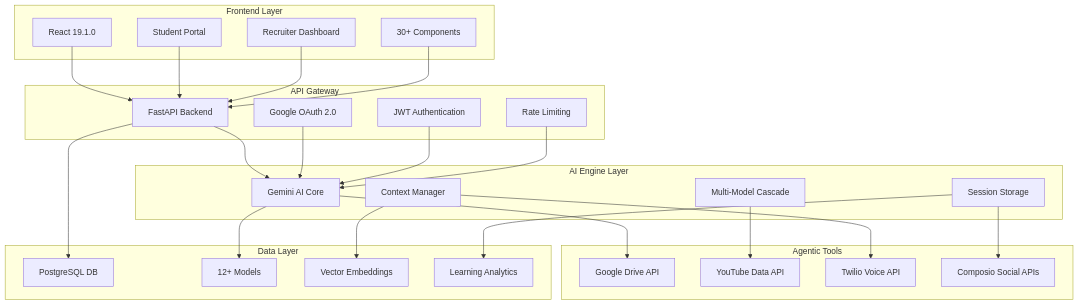
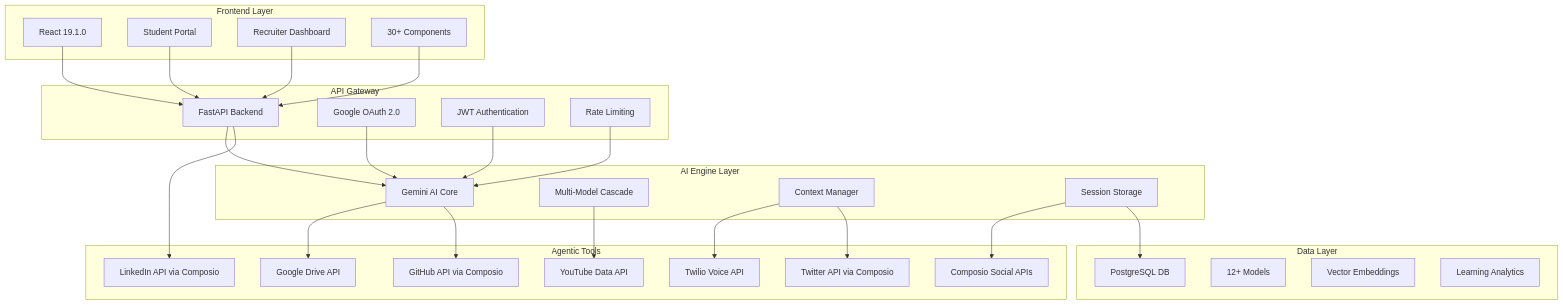
One commit to abhiabhi150614/video-pop-up-for-steaming changed the third of 24 diagrams in README.md. Above: the diagram before and after it, drawn with Mermaid. The commit also changed other lines of this file, not shown here.

````diff
--- a/README.md
+++ b/README.md
@@ -151,54 +177,57 @@
 ```mermaid
 graph TB
     subgraph "Frontend Layer"
         A[React 19.1.0]
         B[Student Portal]
         C[Recruiter Dashboard]
         D[30+ Components]
     end
     
     subgraph "API Gateway"
         E[FastAPI Backend]
         F[Google OAuth 2.0]
         G[JWT Authentication]
         H[Rate Limiting]
     end
     
     subgraph "AI Engine Layer"
         I[Gemini AI Core]
         J[Multi-Model Cascade]
         K[Context Manager]
         L[Session Storage]
     end
     
     subgraph "Agentic Tools"
         M[Google Drive API]
         N[YouTube Data API]
         O[Twilio Voice API]
         P[Composio Social APIs]
+        Q[LinkedIn API via Composio]
+        R[GitHub API via Composio]
+        S[Twitter API via Composio]
     end
     
     subgraph "Data Layer"
-        Q[PostgreSQL DB]
-        R[12+ Models]
-        S[Vector Embeddings]
-        T[Learning Analytics]
+        T[PostgreSQL DB]
+        U[12+ Models]
+        V[Vector Embeddings]
+        W[Learning Analytics]
     end
     
     A --> E
     B --> E
     C --> E
     D --> E
     E --> I
     F --> I
     G --> I
     H --> I
     I --> M
     J --> N
     K --> O
     L --> P
     E --> Q
     I --> R
     K --> S
     L --> T
 ```
````
